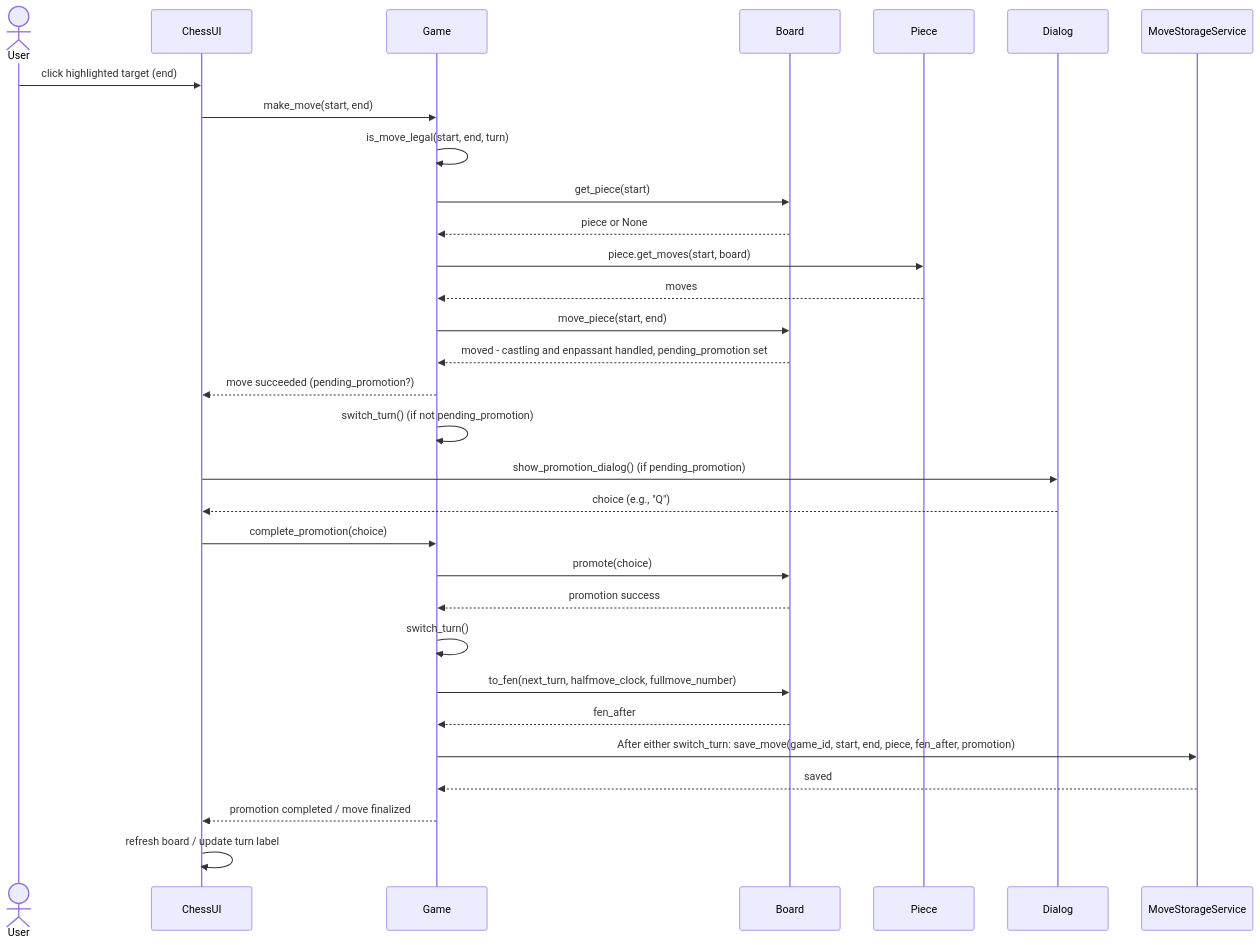
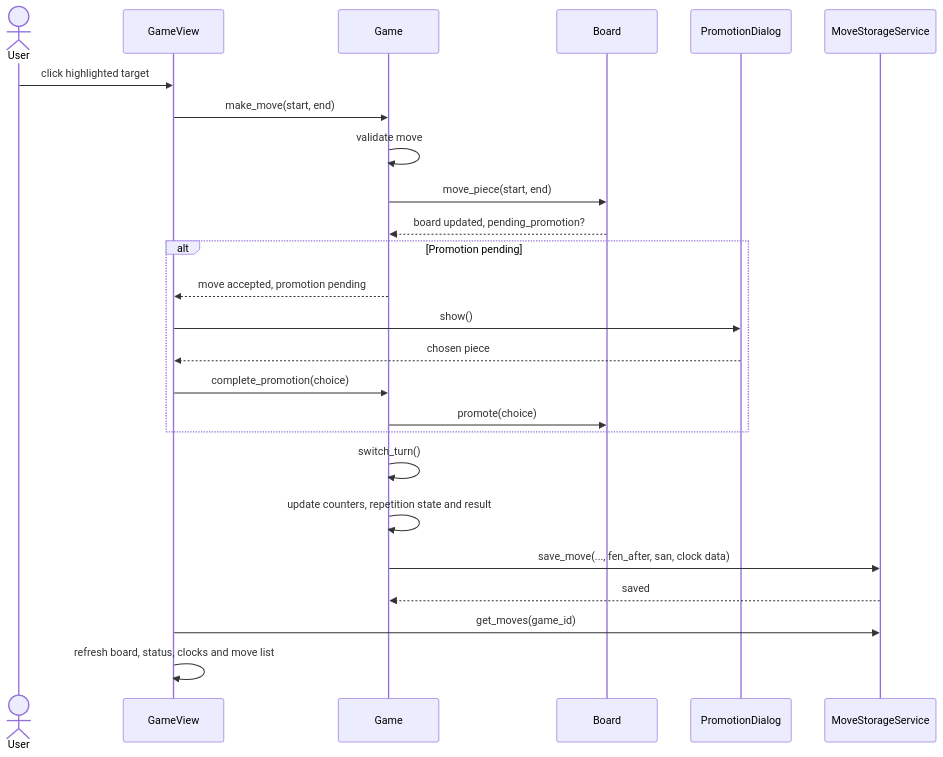
One commit to aapokoiv/ot-harjoitustyo changed the third of 5 diagrams in documentation/architecture.md. Above: the diagram before and after it, drawn with Mermaid. The commit also changed other lines of this file and 44 other files, not shown here.

````diff
--- a/documentation/architecture.md
+++ b/documentation/architecture.md
@@ -121,33 +223,27 @@
 ```mermaid
 sequenceDiagram
   actor User
-  participant UI as ChessUI
+  participant View as GameView
   participant Game
   participant Board
-  participant Piece
-  participant Dialog
+  participant Dialog as PromotionDialog
   participant Storage as MoveStorageService
-  User->>UI: click highlighted target (end)
-  UI->>Game: make_move(start, end)
-  Game->>Game: is_move_legal(start, end, turn)
-  Game->>Board: get_piece(start)
-  Board-->>Game: piece or None
-  Game->>Piece: piece.get_moves(start, board)
-  Piece-->>Game: moves
+  User->>View: click highlighted target
+  View->>Game: make_move(start, end)
+  Game->>Game: validate move
   Game->>Board: move_piece(start, end)
-  Board-->>Game: moved - castling and enpassant handled, pending_promotion set
-  Game-->>UI: move succeeded (pending_promotion?)
-  Game->>Game: switch_turn() (if not pending_promotion)
-  UI->>Dialog: show_promotion_dialog() (if pending_promotion)
-  Dialog-->>UI: choice (e.g., "Q")
-  UI->>Game: complete_promotion(choice)
-  Game->>Board: promote(choice)
-  Board-->>Game: promotion success
+  Board-->>Game: board updated, pending_promotion?
+  alt Promotion pending
+    Game-->>View: move accepted, promotion pending
+    View->>Dialog: show()
+    Dialog-->>View: chosen piece
+    View->>Game: complete_promotion(choice)
+    Game->>Board: promote(choice)
+  end
   Game->>Game: switch_turn()
-  Game->>Board: to_fen(next_turn, halfmove_clock, fullmove_number)
-  Board-->>Game: fen_after
-  Game->>Storage: After either switch_turn: save_move(game_id, start, end, piece, fen_after, promotion)
+  Game->>Game: update counters, repetition state and result
+  Game->>Storage: save_move(..., fen_after, san, clock data)
   Storage-->>Game: saved
-  Game-->>UI: promotion completed / move finalized
-UI->>UI: refresh board / update turn label
+  View->>Storage: get_moves(game_id)
+  View->>View: refresh board, status, clocks and move list
 ```
````
